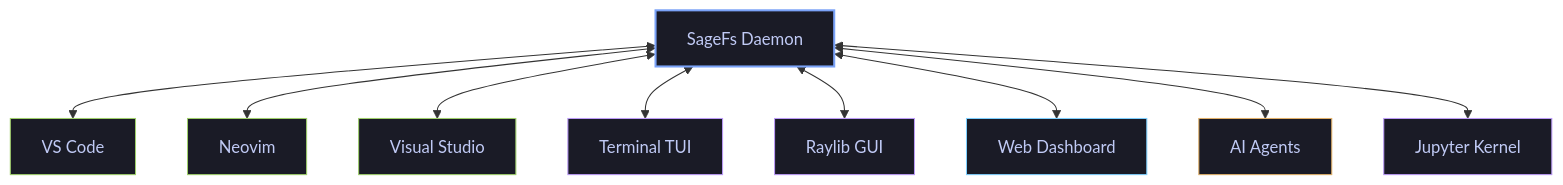
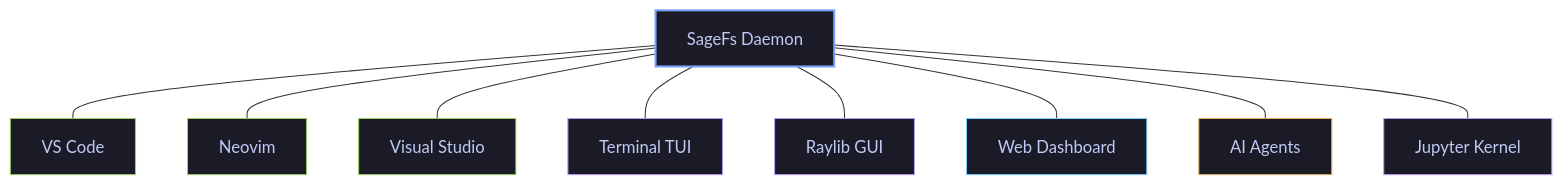
Before and after one commit to WillEhrendreich/SageFs: the first of 2 diagrams in Readme.md, drawn with Mermaid. The commit also changed other lines of this file and 3 other files, not shown here.

First line of the commit message:
fix(vscode,docs): fix warming-up spinner stuck after warmup; fix broken Mermaid diagrams

````diff
--- a/Readme.md
+++ b/Readme.md
@@ -68,23 +68,23 @@
 ```mermaid
 flowchart TB
     D[SageFs Daemon]
 
-    D <--> VS[VS Code]
-    D <--> NV[Neovim]
-    D <--> VI[Visual Studio]
-    D <--> TU[Terminal TUI]
-    D <--> GU[Raylib GUI]
-    D <--> WB[Web Dashboard]
-    D <--> AI[AI Agents]
-    D <--> JP[Jupyter Kernel]
+    D --- VS[VS Code]
+    D --- NV[Neovim]
+    D --- VI[Visual Studio]
+    D --- TU[Terminal TUI]
+    D --- GU[Raylib GUI]
+    D --- WB[Web Dashboard]
+    D --- AI[AI Agents]
+    D --- JP[Jupyter Kernel]
 
     style D fill:#1a1b26,stroke:#7aa2f7,stroke-width:2px,color:#c0caf5
     style VS fill:#1a1b26,stroke:#9ece6a,color:#c0caf5
     style NV fill:#1a1b26,stroke:#9ece6a,color:#c0caf5
     style VI fill:#1a1b26,stroke:#9ece6a,color:#c0caf5
     style TU fill:#1a1b26,stroke:#bb9af7,color:#c0caf5
     style GU fill:#1a1b26,stroke:#bb9af7,color:#c0caf5
     style WB fill:#1a1b26,stroke:#7dcfff,color:#c0caf5
     style AI fill:#1a1b26,stroke:#e0af68,color:#c0caf5
     style JP fill:#1a1b26,stroke:#bb9af7,color:#c0caf5
 ```
````
